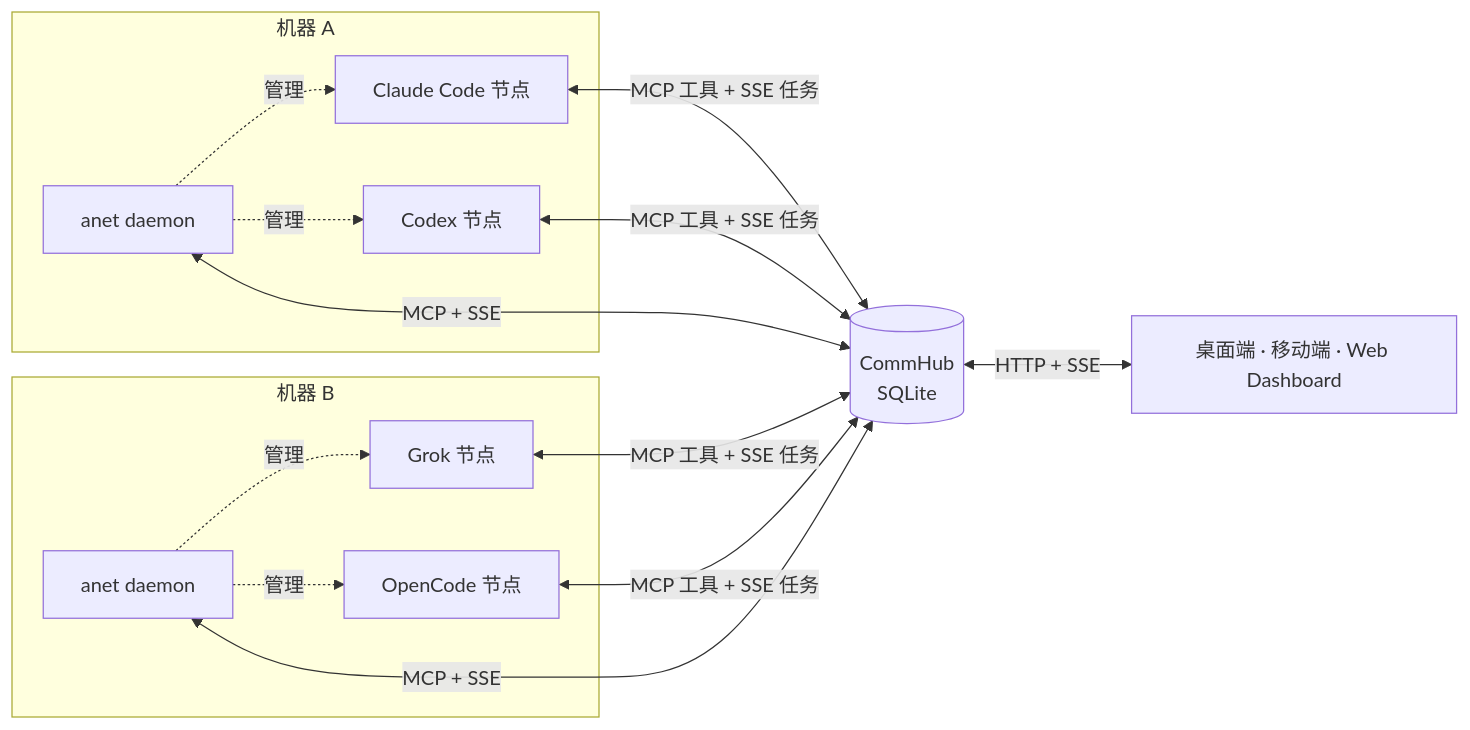
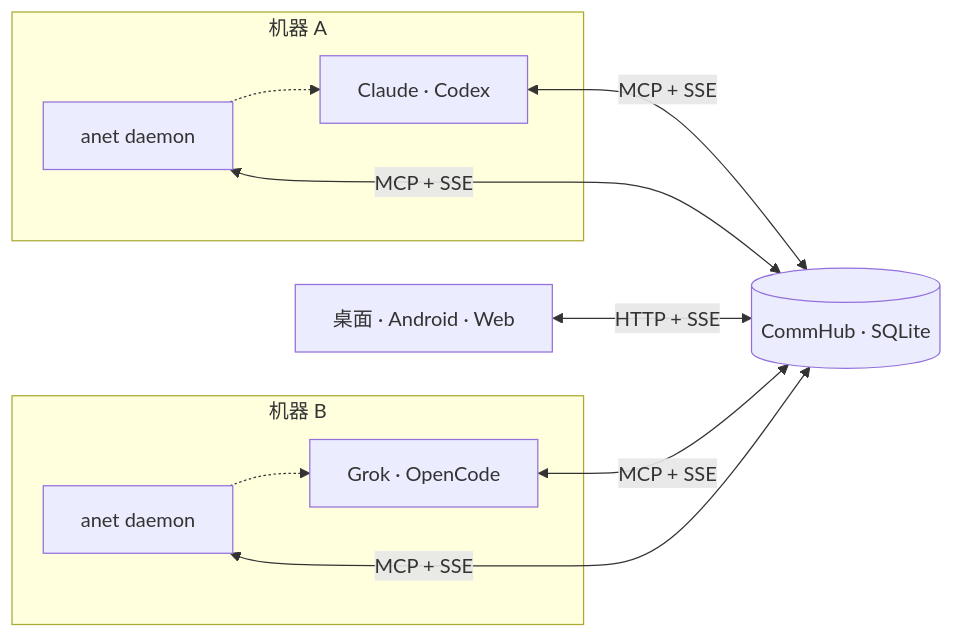
Before and after one commit to sleep2agi/agent-network: the diagram in README.md, drawn with Mermaid. The commit also changed other lines of this file and 1 other file, not shown here.

First line of the commit message:
docs: rewrite the GitHub README in Chinese and English

````diff
--- a/README.md
+++ b/README.md
@@ -61,12 +72,12 @@
 ```mermaid
 flowchart LR
+  C["桌面 · Android · Web"] <-->|"HTTP + SSE"| H[("CommHub · SQLite")]
   subgraph A["机器 A"]
-    DA["anet daemon"] -.管理.-> N1["Claude Code 节点"] & N2["Codex 节点"]
+    D1["anet daemon"] -.-> N1["Claude · Codex"]
   end
   subgraph B["机器 B"]
-    DB["anet daemon"] -.管理.-> N3["Grok 节点"] & N4["OpenCode 节点"]
+    D2["anet daemon"] -.-> N2["Grok · OpenCode"]
   end
-  N1 & N2 & N3 & N4 <-->|"MCP 工具 + SSE 任务"| H[("CommHub<br/>SQLite")]
-  DA & DB <-->|"MCP + SSE"| H
-  H <-->|"HTTP + SSE"| C["桌面端 · 移动端 · Web Dashboard"]
+  D1 & D2 <-->|"MCP + SSE"| H
+  N1 & N2 <-->|"MCP + SSE"| H
 ```
````
